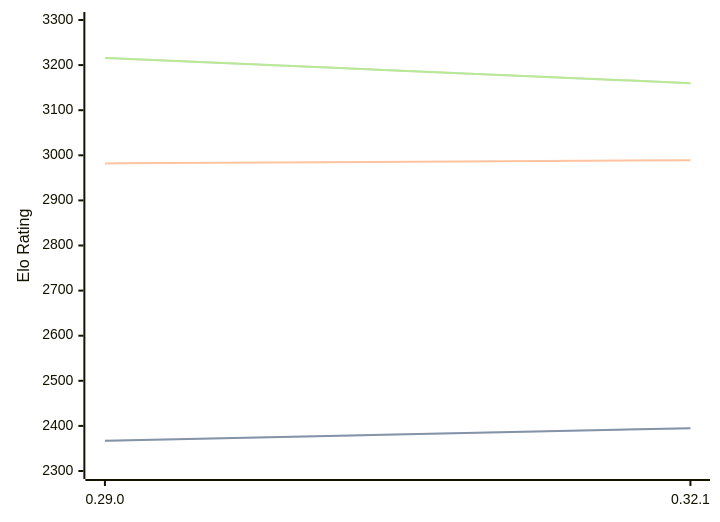
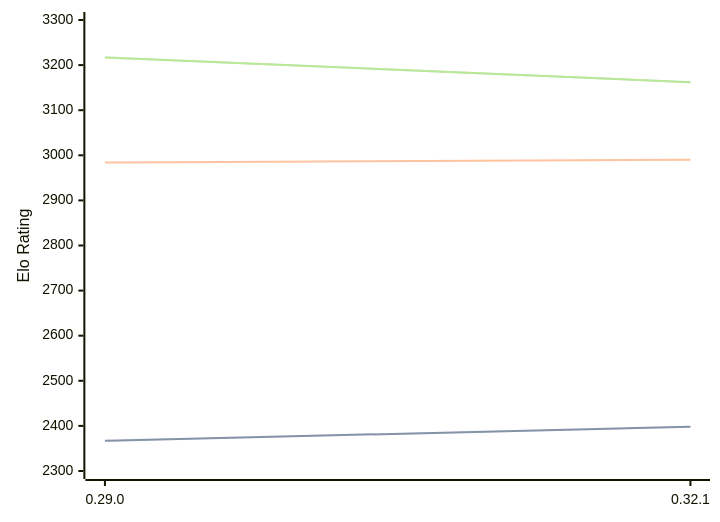
The diagram in engines/Lc0.md (computer-chess-index/cci), drawn with Mermaid before and after one commit. The commit also changed other lines of this file, not shown here.

Commit message:
Update CCI Ratings (ELO VLTC) - 2026-07-23

````diff
--- a/engines/Lc0.md
+++ b/engines/Lc0.md
@@ -68,11 +68,11 @@
 ```mermaid
 %%{init: {"theme":"base","themeVariables":{"seriesColors:['#a3a3a3','#222221','#faa371']}}}%%
 xychart-beta
   x-axis ["0.29.0", "0.32.1"]
   y-axis "Elo Rating" 2300 --> 3300
-  line "STC (8.0+0.08s)" [2367, 2395]
-  line "STC (8.0+0.08s)" [2367, 2395]
-  line "LTC (60.0+0.60s)" [2982, 2989]
-  line "VLTC (2m24s+1.12s)" [3216, 3160]
-  line "VLTC (2m24s+1.12s)" [3216, 3160]
+  line "STC (8.0+0.08s)" [2367, 2398]
+  line "STC (8.0+0.08s)" [2367, 2398]
+  line "LTC (60.0+0.60s)" [2984, 2990]
+  line "VLTC (2m24s+1.12s)" [3217, 3162]
+  line "VLTC (2m24s+1.12s)" [3217, 3162]
 ```
````
